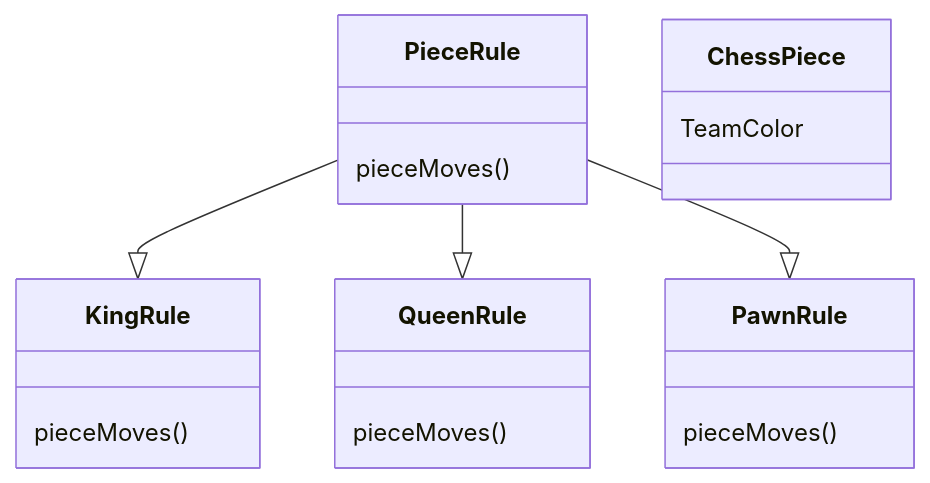
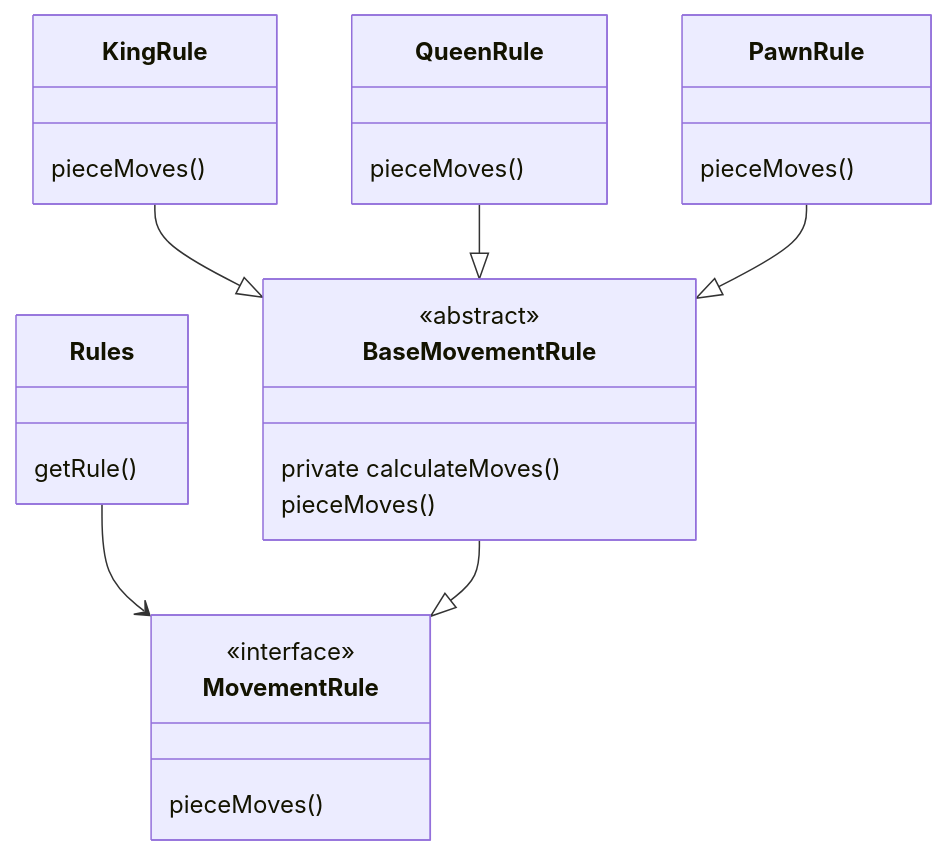
The third of 3 diagrams in instruction/interfaces-abstract-classes/interfaces-and-abstract-classes.md (softwareconstruction240/softwareconstruction), drawn with Mermaid before and after one commit. The commit also changed other lines of this file, not shown here.

Commit message:
enhance(abstraction) to include chess examples

````diff
--- a/instruction/interfaces-abstract-classes/interfaces-and-abstract-classes.md
+++ b/instruction/interfaces-abstract-classes/interfaces-and-abstract-classes.md
@@ -297,28 +298,36 @@
 ```mermaid
 classDiagram
 
-    class PieceRule {
+    class Rules {
+        getRule()
+    }
+
+    Rules --> MovementRule
+
+    class MovementRule {
+        <<interface>>
         pieceMoves()
     }
 
-    PieceRule --|> KingRule
-    PieceRule --|> QueenRule
-    PieceRule --|> PawnRule
+    class BaseMovementRule {
+        <<abstract>>
+        private calculateMoves()
+        pieceMoves()
+    }
+    BaseMovementRule --|> MovementRule
+
+    KingRule  --|> BaseMovementRule
+    QueenRule --|>  BaseMovementRule
+    PawnRule  --|> BaseMovementRule
 
     class KingRule {
         pieceMoves()
     }
     class QueenRule {
         pieceMoves()
     }
 
     class PawnRule {
         pieceMoves()
     }
-
-    class ChessPiece {
-        TeamColor
-    }
-
-
 ```
````
